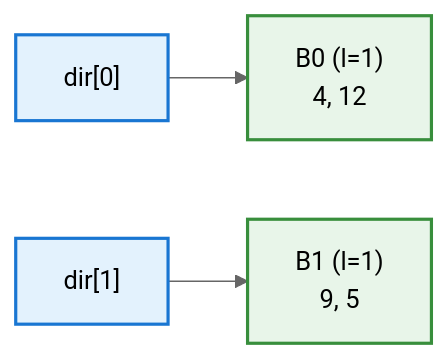
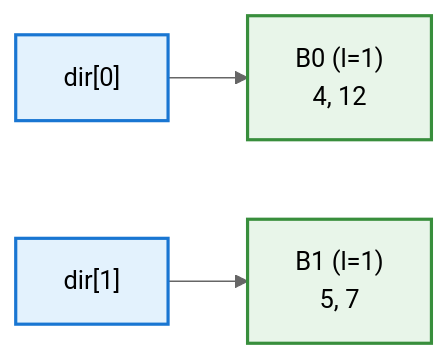
Before and after one commit to ufdatastudio/cop5725fa26: the eighth of 11 diagrams in lecture-outlines/day27-hash-indexes/slides.md, drawn with Mermaid (neutral theme). The commit also changed other lines of this file and 33 other files, not shown here.

````diff
--- a/lecture-outlines/day27-hash-indexes/slides.md
+++ b/lecture-outlines/day27-hash-indexes/slides.md
@@ -262,13 +261,13 @@
 ```mermaid
 graph LR
   D0["dir[0]"]
   D1["dir[1]"]
   B0["B0 (l=1)<br/>4, 12"]
-  B1["B1 (l=1)<br/>9, 5"]
+  B1["B1 (l=1)<br/>5, 7"]
   D0 --> B0
   D1 --> B1
   classDef dir fill:#e3f2fd,stroke:#1976d2,stroke-width:2px
   classDef b fill:#e8f5e9,stroke:#388e3c,stroke-width:2px
   class D0,D1 dir
   class B0,B1 b
 ```
````
